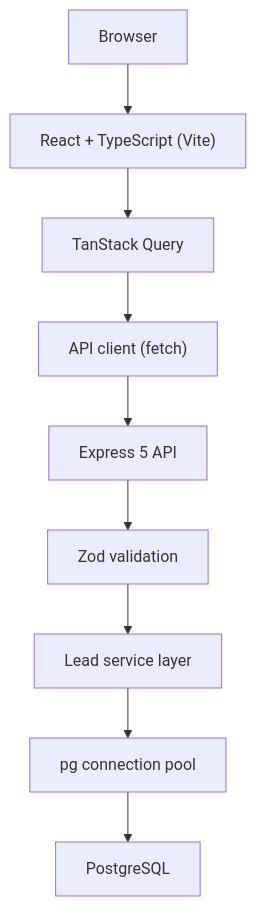
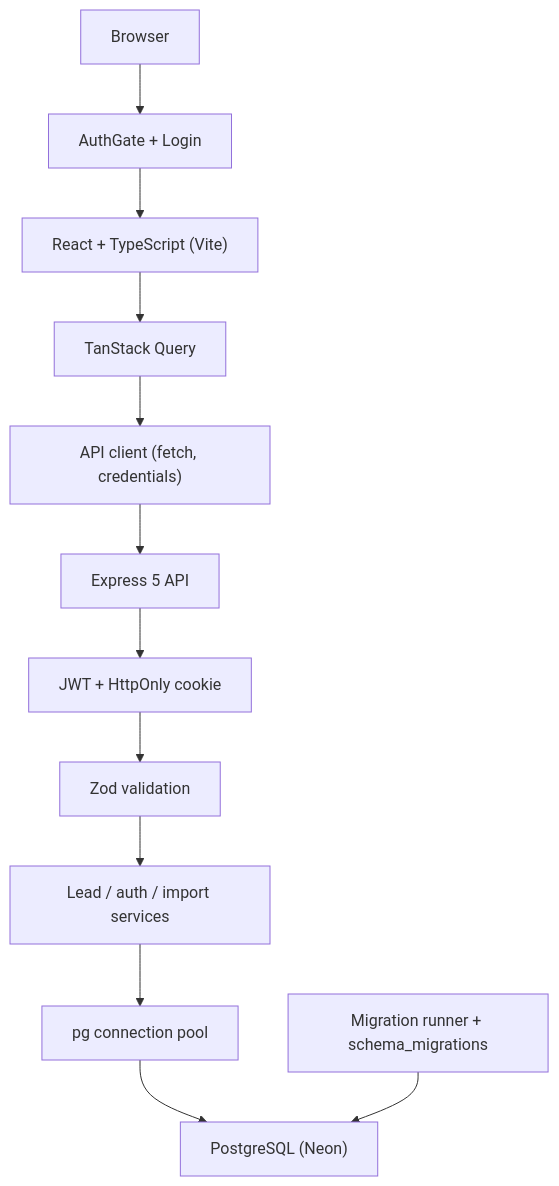
The diagram in README.md (Aman-Sigroha/stylework-lead-tracker), drawn with Mermaid before and after one commit. The commit also changed other lines of this file and 1 other file, not shown here.

````diff
--- a/README.md
+++ b/README.md
@@ -25,21 +37,27 @@
 ```mermaid
 flowchart TB
   Browser["Browser"]
+  AuthGate["AuthGate + Login"]
   React["React + TypeScript (Vite)"]
   RQ["TanStack Query"]
-  Client["API client (fetch)"]
+  Client["API client (fetch, credentials)"]
   Express["Express 5 API"]
+  Auth["JWT + HttpOnly cookie"]
   Zod["Zod validation"]
-  Service["Lead service layer"]
+  Service["Lead / auth / import services"]
+  Migrations["Migration runner + schema_migrations"]
   PG["pg connection pool"]
-  DB["PostgreSQL"]
+  DB["PostgreSQL (Neon)"]
 
-  Browser --> React
+  Browser --> AuthGate
+  AuthGate --> React
   React --> RQ
   RQ --> Client
   Client --> Express
-  Express --> Zod
+  Express --> Auth
+  Auth --> Zod
   Zod --> Service
   Service --> PG
   PG --> DB
+  Migrations --> DB
 ```
````
